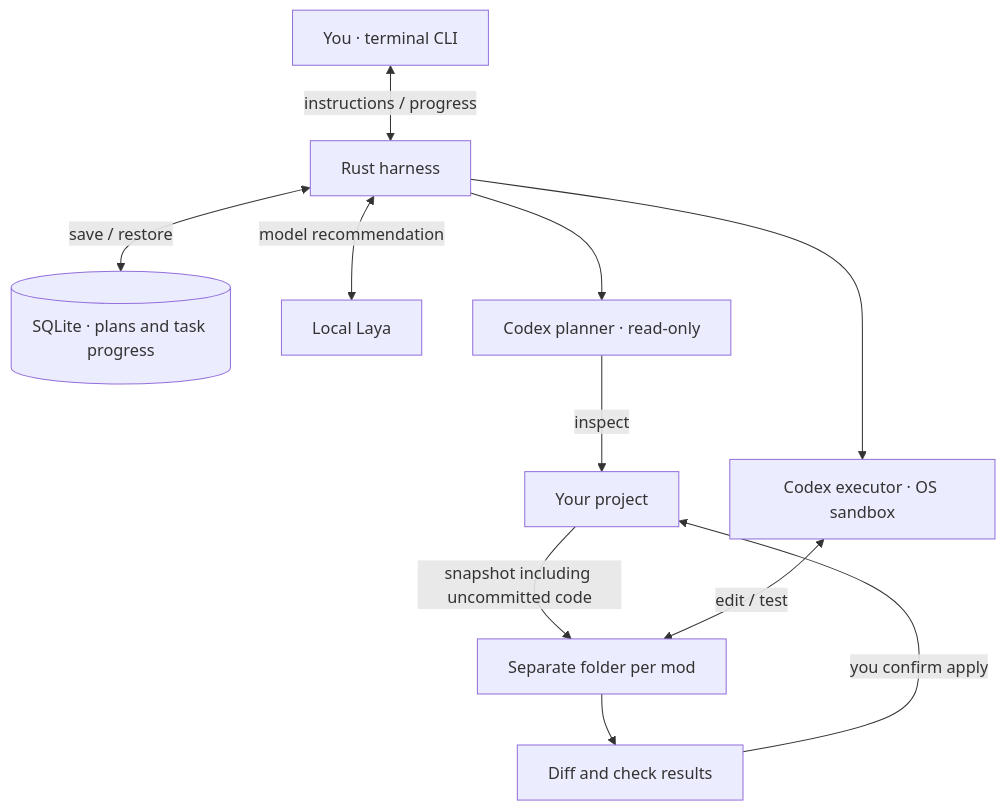
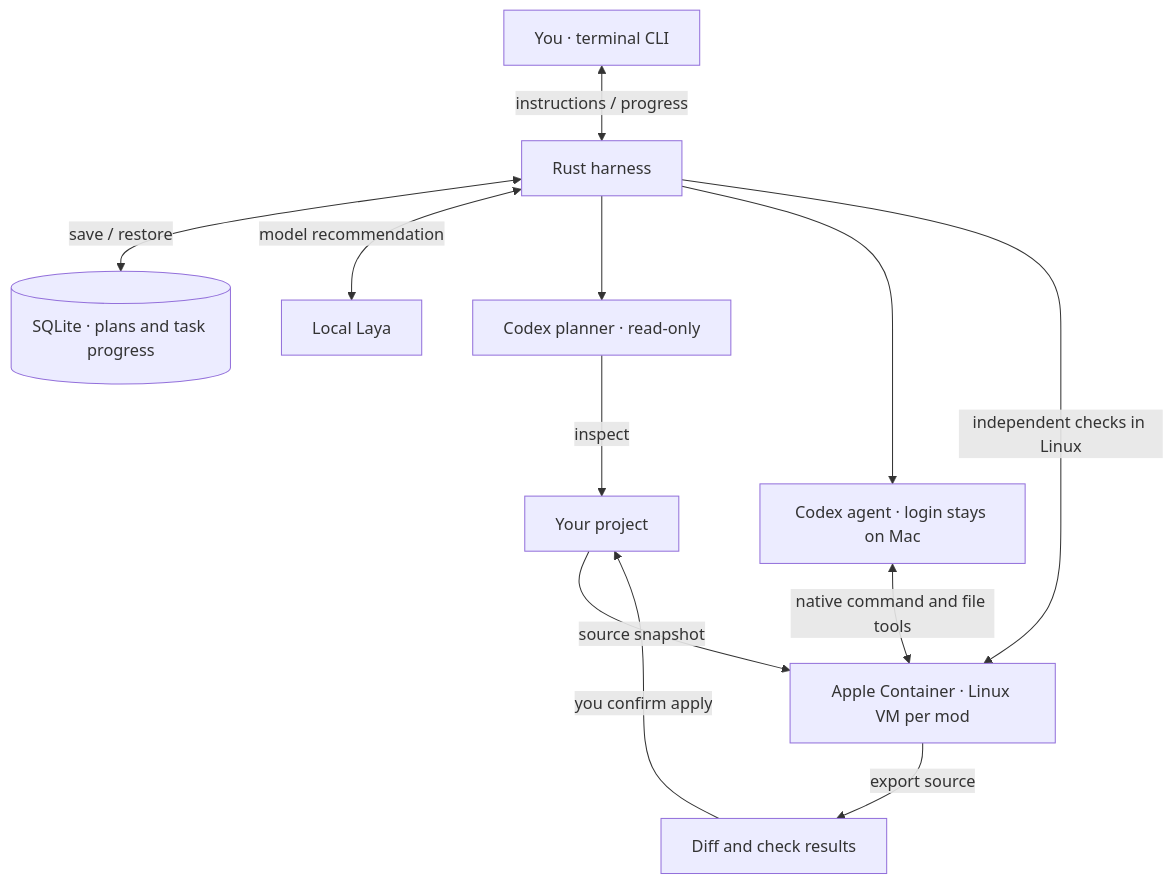
The diagram in README.md (minimumeffort-dev/sprowt.harness), drawn with Mermaid before and after one commit. The commit also changed other lines of this file and 22 other files, not shown here.

Commit message:
Run code mods in persistent local Linux VMs

````diff
--- a/README.md
+++ b/README.md
@@ -30,13 +31,14 @@
 ```mermaid
 flowchart TB
     terminal["You · terminal CLI"] <-->|"instructions / progress"| harness["Rust harness"]
     harness <-->|"save / restore"| state[("SQLite · plans and task progress")]
     harness <-->|"model recommendation"| laya["Local Laya"]
     harness --> planner["Codex planner · read-only"]
     planner -->|"inspect"| project["Your project"]
-    harness --> executor["Codex executor · OS sandbox"]
-    project -->|"snapshot including uncommitted code"| work["Separate folder per mod"]
-    executor <-->|"edit / test"| work
-    work --> review["Diff and check results"]
+    harness --> executor["Codex agent · login stays on Mac"]
+    project -->|"source snapshot"| vm["Apple Container · Linux VM per mod"]
+    executor <-->|"native command and file tools"| vm
+    harness -->|"independent checks in Linux"| vm
+    vm -->|"export source"| review["Diff and check results"]
     review -->|"you confirm apply"| project
 ```
````
